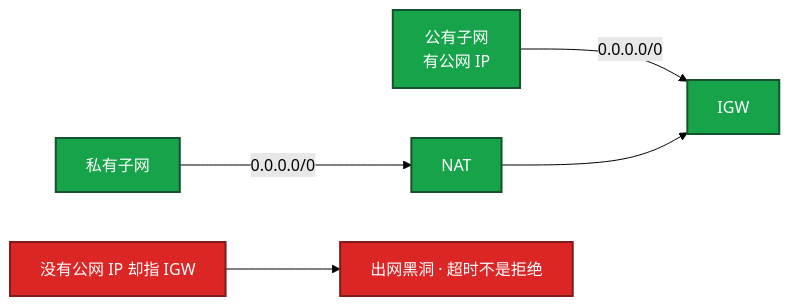
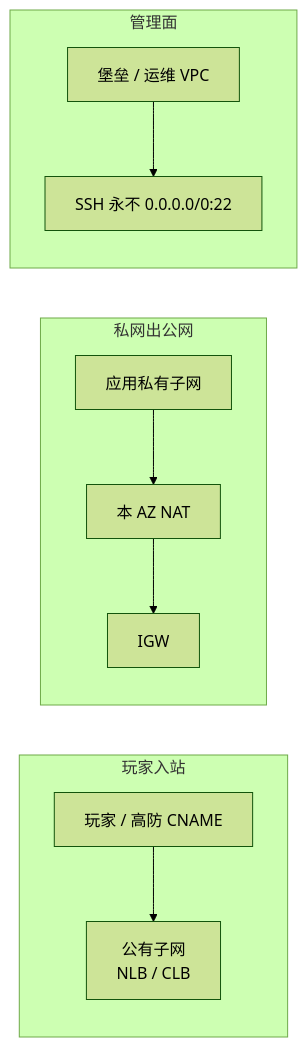
Before and after one commit to ml-cuizijun/LearnToLilith: the third of 11 diagrams in 06-云平台/01-云网络与安全/知识点.md, drawn with Mermaid (forest theme). The commit also changed other lines of this file and 470 other files, not shown here.

````diff
--- a/06-云平台/01-云网络与安全/知识点.md
+++ b/06-云平台/01-云网络与安全/知识点.md
@@ -277,12 +54,12 @@
 ```mermaid
 flowchart LR
-    pub["公有子网<br/>有公网 IP"] -->|"0.0.0.0/0"| igw[IGW]
-    priv["私有子网"] -->|"0.0.0.0/0"| nat[NAT]
-    nat --> igw
-    hole["没有公网 IP 却指 IGW"] --> black[出网黑洞 · 超时不是拒绝]
-
-    classDef ok fill:#16A34A,stroke:#14532D,stroke-width:2px,color:#fff
-    classDef bad fill:#DC2626,stroke:#7F1D1D,stroke-width:2px,color:#fff
-    class pub,priv,nat,igw ok
-    class hole,black bad
+    subgraph in["玩家入站"]
+        P[玩家 / 高防 CNAME] --> PUB1["公有子网<br/>NLB / CLB"]
+    end
+    subgraph out["私网出公网"]
+        APP1["应用私有子网"] --> NAT["本 AZ NAT"] --> IGW1["IGW"]
+    end
+    subgraph mgr["管理面"]
+        OPS["堡垒 / 运维 VPC"] --> APP2["SSH 永不 0.0.0.0/0:22"]
+    end
 ```
````
